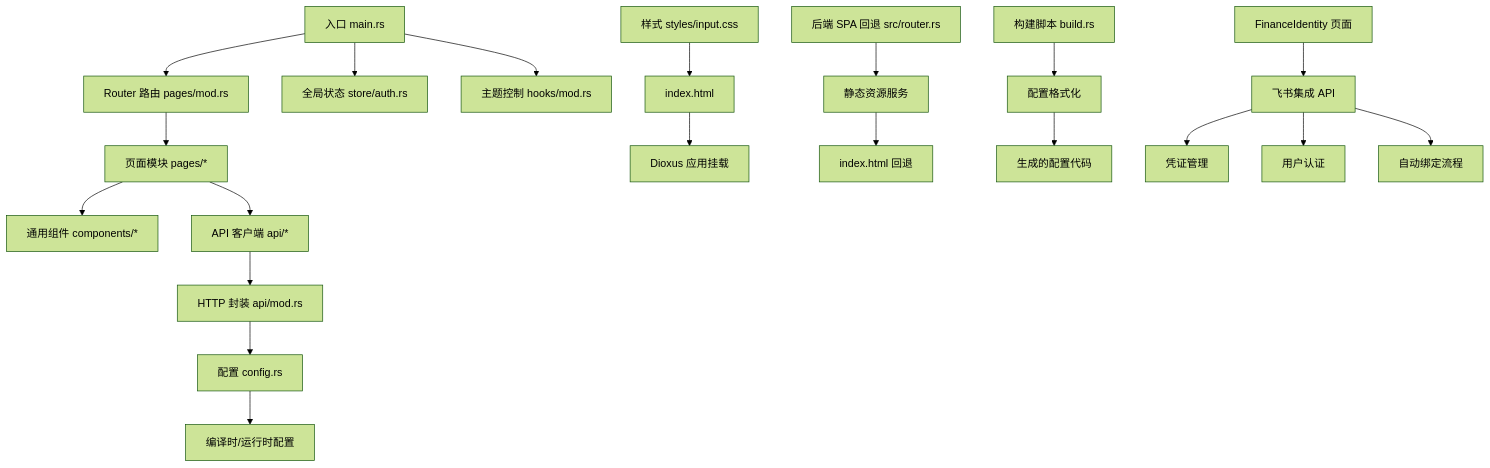
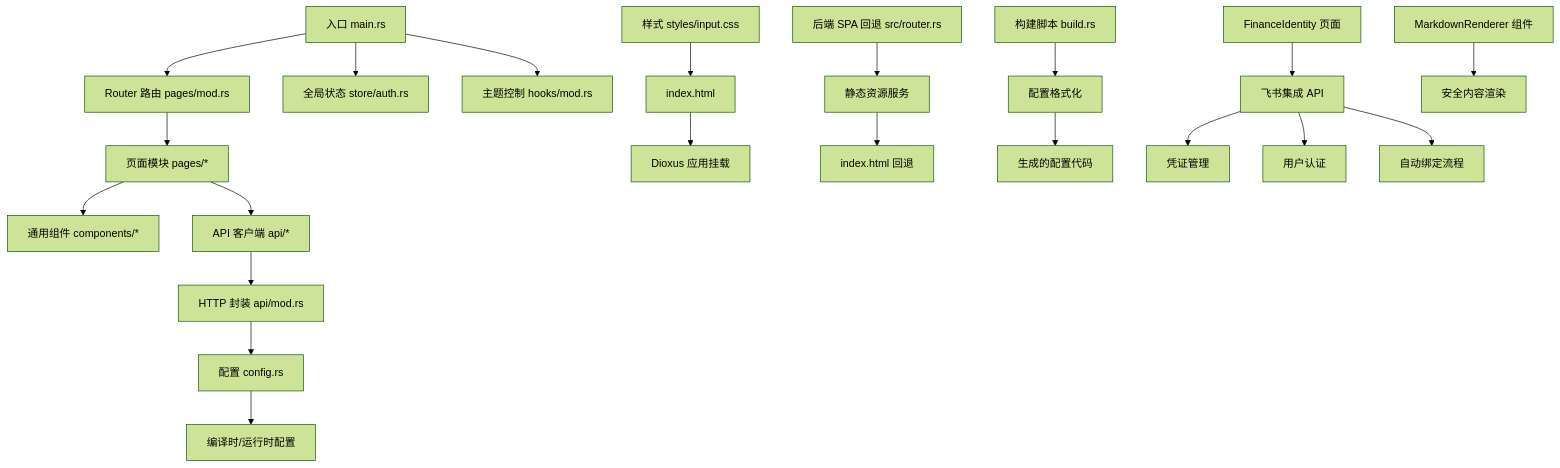
Before and after one commit to runningcoders/ai_orz: the first of 16 diagrams in .qoder/repowiki/zh/content/前端应用/前端应用.md, drawn with Mermaid (forest theme). The commit also changed other lines of this file and 10 other files, not shown here.

````diff
--- a/.qoder/repowiki/zh/content/前端应用/前端应用.md
+++ b/.qoder/repowiki/zh/content/前端应用/前端应用.md
@@ -81,22 +75,23 @@
 ```mermaid
 graph TB
 A["入口 main.rs"] --> B["Router 路由 pages/mod.rs"]
 A --> C["全局状态 store/auth.rs"]
 A --> D["主题控制 hooks/mod.rs"]
 B --> E["页面模块 pages/*"]
 E --> F["通用组件 components/*"]
 E --> G["API 客户端 api/*"]
 G --> H["HTTP 封装 api/mod.rs"]
 H --> I["配置 config.rs"]
 I --> J["编译时/运行时配置"]
 K["样式 styles/input.css"] --> L["index.html"]
 L --> M["Dioxus 应用挂载"]
 N["后端 SPA 回退 src/router.rs"] --> O["静态资源服务"]
 O --> P["index.html 回退"]
 Q["构建脚本 build.rs"] --> R["配置格式化"]
 R --> S["生成的配置代码"]
 T["FinanceIdentity 页面"] --> U["飞书集成 API"]
 U --> V["凭证管理"]
 U --> W["用户认证"]
 U --> X["自动绑定流程"]
+Y["MarkdownRenderer 组件"] --> Z["安全内容渲染"]
 ```
````
